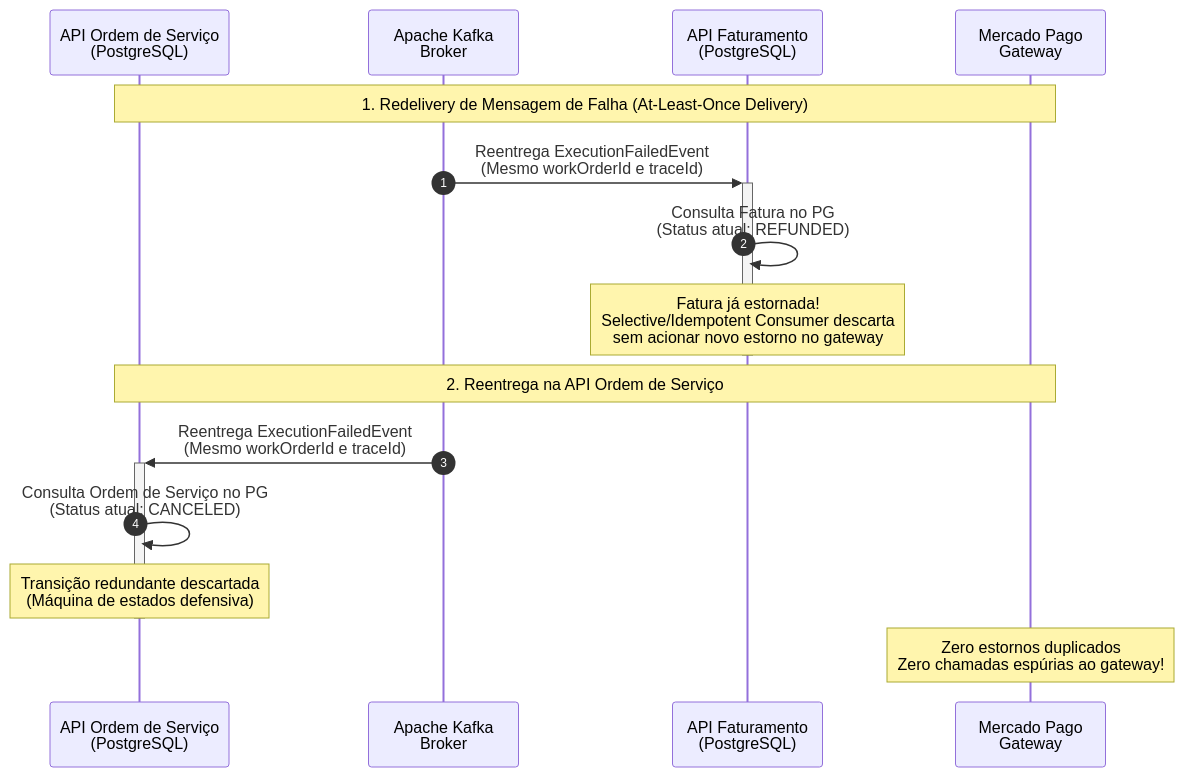
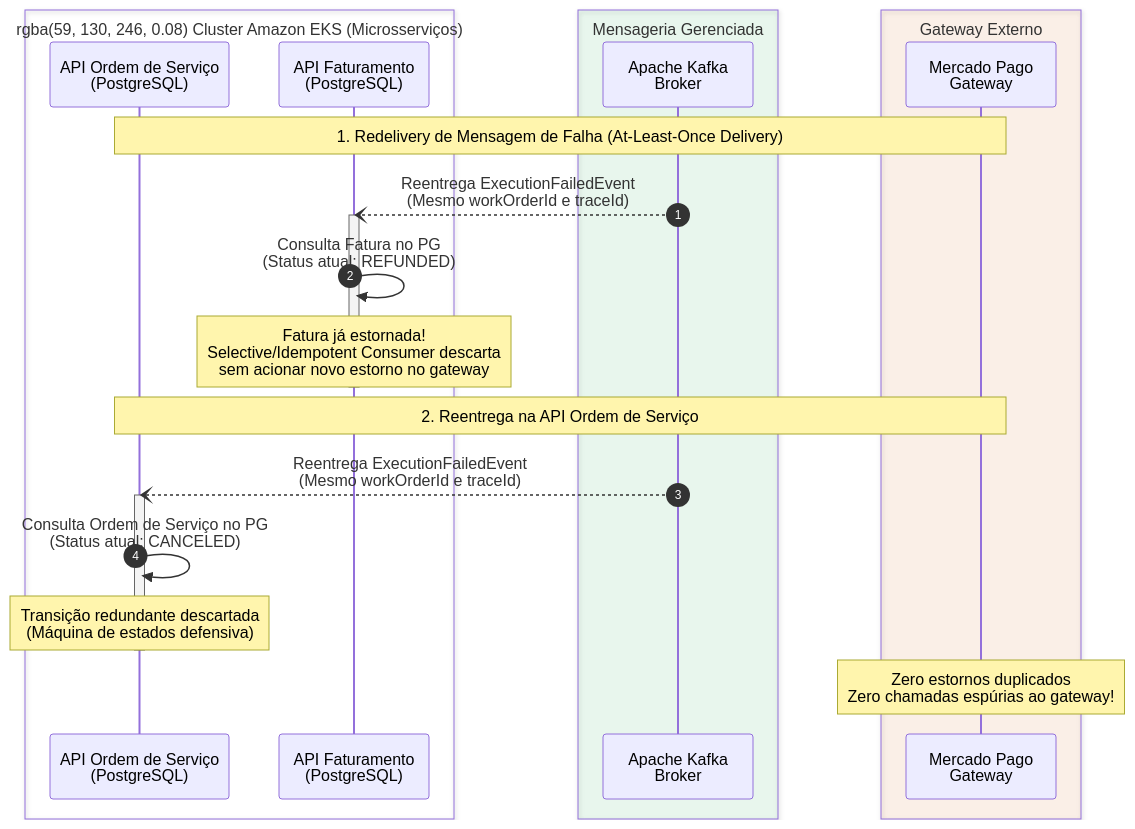
One commit to rodsordi/15soat-phase4-e2e changed the fourth of 4 diagrams in src/test/resources/features/saga/choreographed_saga.md. Above: the diagram before and after it, drawn with Mermaid. The commit also changed other lines of this file and 19 other files, not shown here.

Commit message:
feat(e2e): update sequence diagrams, estimate lifecycle features and step definitions

````diff
--- a/src/test/resources/features/saga/choreographed_saga.md
+++ b/src/test/resources/features/saga/choreographed_saga.md
@@ -205,21 +204,29 @@
 ```mermaid
 sequenceDiagram
     autonumber
-    participant OS as API Ordem de Serviço<br/>(PostgreSQL)
-    participant Kafka as Apache Kafka<br/>Broker
-    participant Billing as API Faturamento<br/>(PostgreSQL)
-    participant MP as Mercado Pago<br/>Gateway
+    box rgba(59, 130, 246, 0.08) Cluster Amazon EKS (Microsserviços)
+        participant OS as API Ordem de Serviço<br/>(PostgreSQL)
+        participant Billing as API Faturamento<br/>(PostgreSQL)
+    end
+    box rgba(34, 197, 94, 0.08) Mensageria Gerenciada
+        participant Kafka as Apache Kafka<br/>Broker
+    end
+    box rgba(249, 115, 22, 0.08) Gateway Externo
+        participant MP as Mercado Pago<br/>Gateway
+    end
 
     Note over OS,MP: 1. Redelivery de Mensagem de Falha (At-Least-Once Delivery)
-    Kafka->>+Billing: Reentrega ExecutionFailedEvent<br/>(Mesmo workOrderId e traceId)
+    Kafka--)Billing: Reentrega ExecutionFailedEvent<br/>(Mesmo workOrderId e traceId)
+    activate Billing
     Billing->>Billing: Consulta Fatura no PG<br/>(Status atual: REFUNDED)
     Note over Billing: Fatura já estornada!<br/>Selective/Idempotent Consumer descarta<br/>sem acionar novo estorno no gateway
     deactivate Billing
 
     Note over OS,MP: 2. Reentrega na API Ordem de Serviço
-    Kafka->>+OS: Reentrega ExecutionFailedEvent<br/>(Mesmo workOrderId e traceId)
+    Kafka--)OS: Reentrega ExecutionFailedEvent<br/>(Mesmo workOrderId e traceId)
+    activate OS
     OS->>OS: Consulta Ordem de Serviço no PG<br/>(Status atual: CANCELED)
     Note over OS: Transição redundante descartada<br/>(Máquina de estados defensiva)
     deactivate OS
     Note over MP: Zero estornos duplicados<br/>Zero chamadas espúrias ao gateway!
 ```
````
